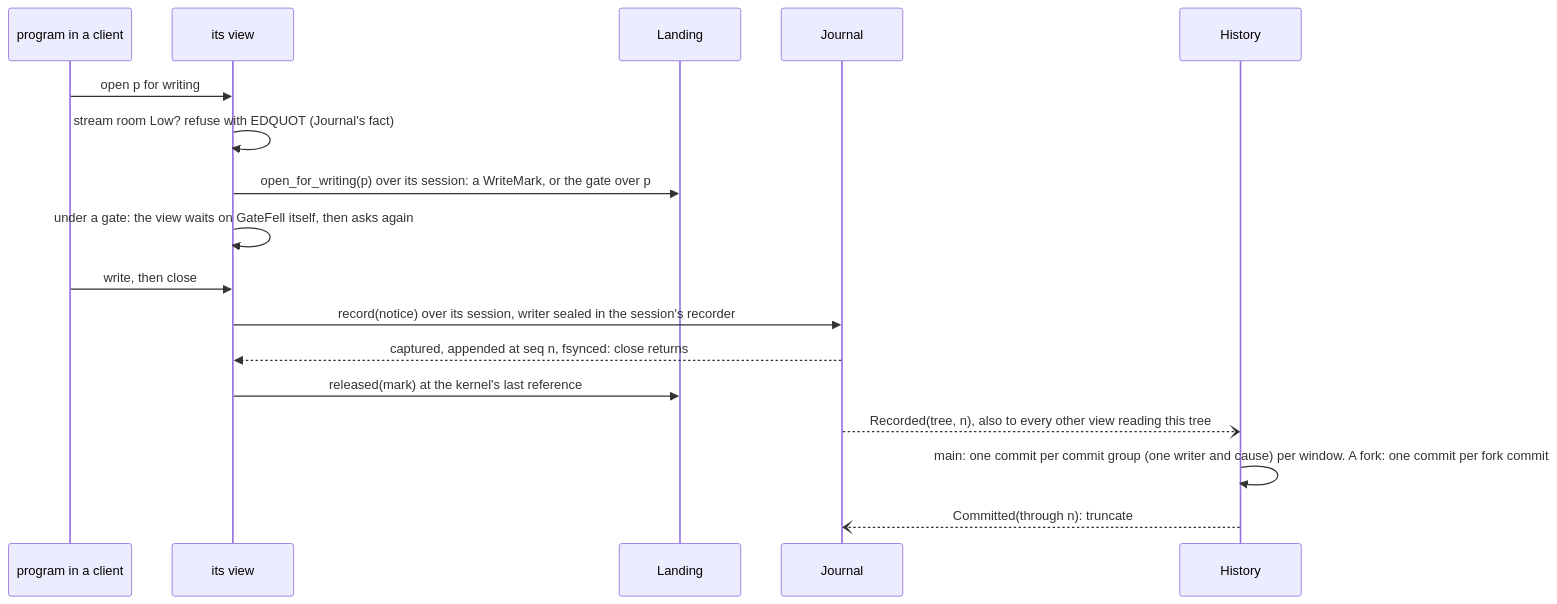
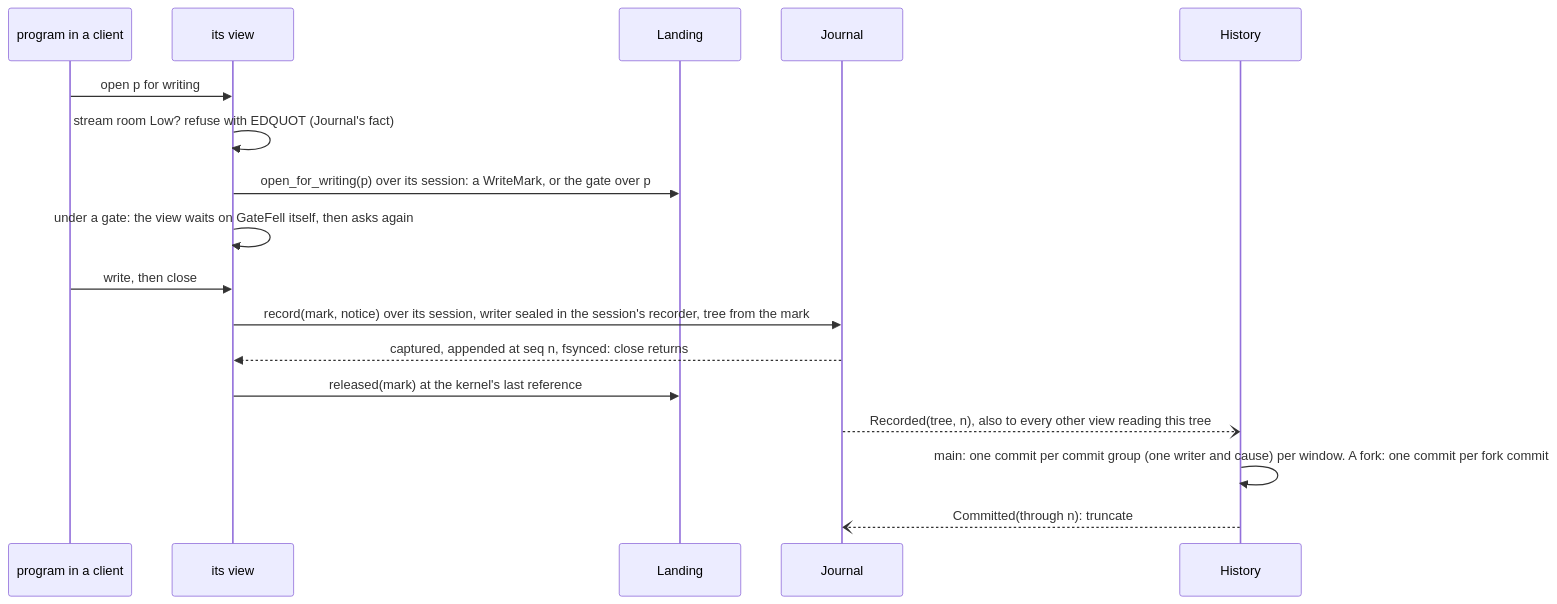
Before and after one commit to mcurcio/agentfs: the fourth of 8 diagrams in docs/target-architecture/system.md, drawn with Mermaid. The commit also changed other lines of this file and 12 other files, not shown here.

````diff
--- a/docs/target-architecture/system.md
+++ b/docs/target-architecture/system.md
@@ -538,19 +535,19 @@
 ```mermaid
 sequenceDiagram
   participant W as program in a client
   participant V as its view
   participant L as Landing
   participant J as Journal
   participant H as History
   W->>V: open p for writing
   V->>V: stream room Low? refuse with EDQUOT (Journal's fact)
   V->>L: open_for_writing(p) over its session: a WriteMark, or the gate over p
   V->>V: under a gate: the view waits on GateFell itself, then asks again
   W->>V: write, then close
-  V->>J: record(notice) over its session, writer sealed in the session's recorder
+  V->>J: record(mark, notice) over its session, writer sealed in the session's recorder, tree from the mark
   J-->>V: captured, appended at seq n, fsynced: close returns
   V->>L: released(mark) at the kernel's last reference
   J--)H: Recorded(tree, n), also to every other view reading this tree
   H->>H: main: one commit per commit group (one writer and cause) per window. A fork: one commit per fork commit
   H--)J: Committed(through n): truncate
 ```
````
